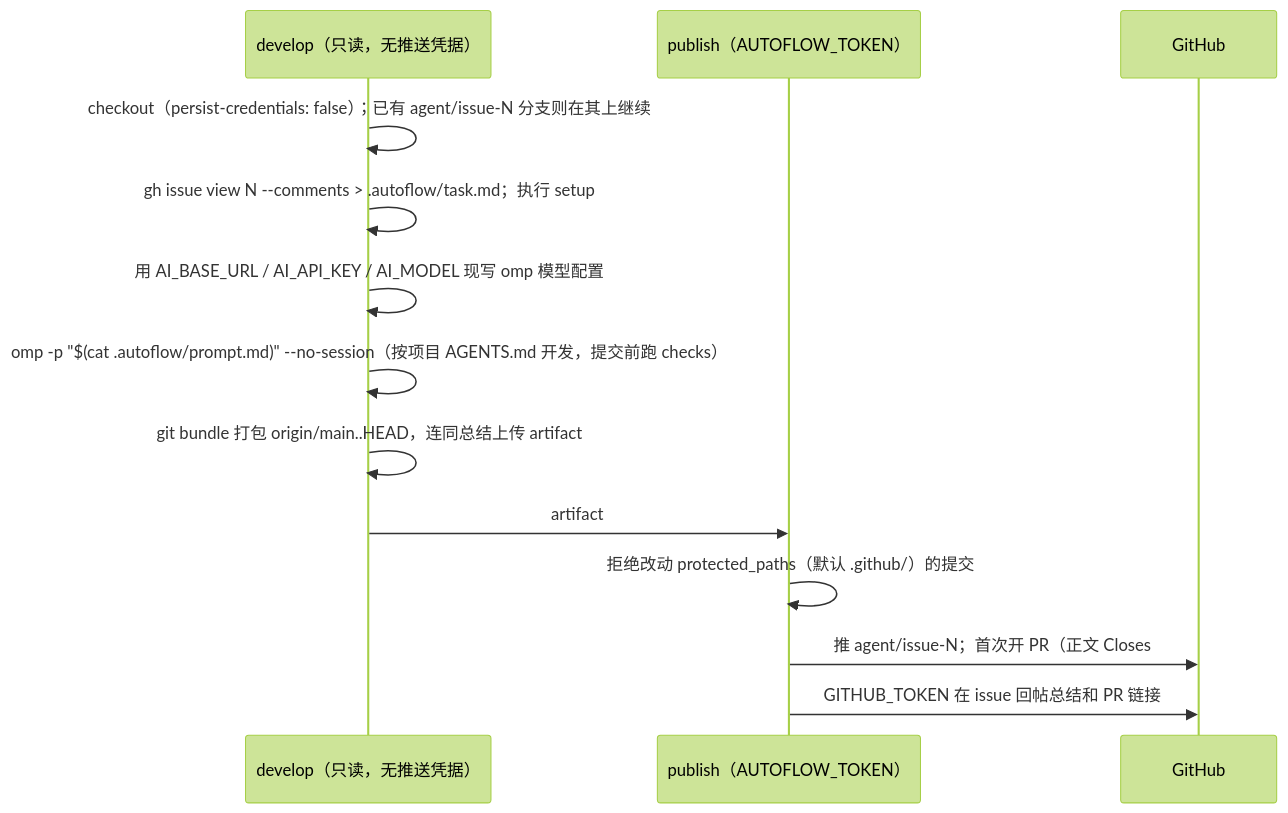
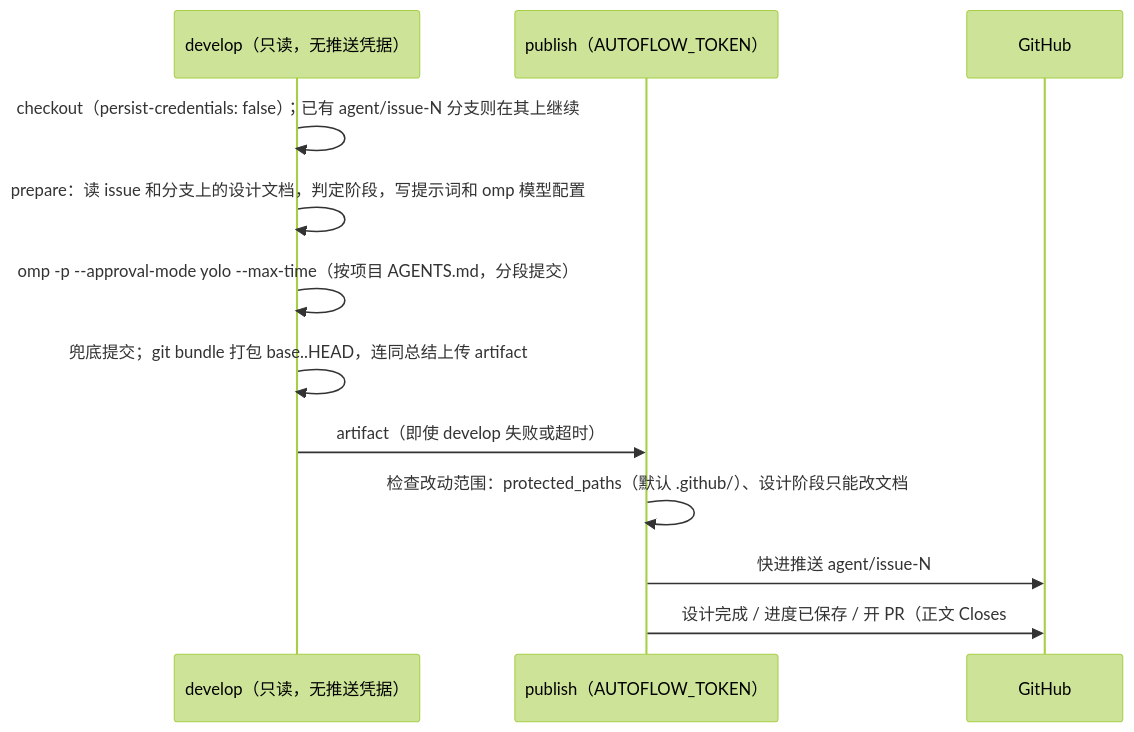
Before and after one commit to ouraihub/AutoFlow: the second of 2 diagrams in docs/01-方案设计.md, drawn with Mermaid (forest theme). The commit also changed other lines of this file and 15 other files, not shown here.

````diff
--- a/docs/01-方案设计.md
+++ b/docs/01-方案设计.md
@@ -163,15 +187,14 @@
 ```mermaid
 sequenceDiagram
   participant D as develop（只读，无推送凭据）
   participant P as publish（AUTOFLOW_TOKEN）
   participant G as GitHub
   D->>D: checkout（persist-credentials: false）；已有 agent/issue-N 分支则在其上继续
-  D->>D: gh issue view N --comments > .autoflow/task.md；执行 setup
-  D->>D: 用 AI_BASE_URL / AI_API_KEY / AI_MODEL 现写 omp 模型配置
-  D->>D: omp -p "$(cat .autoflow/prompt.md)" --no-session（按项目 AGENTS.md 开发，提交前跑 checks）
-  D->>D: git bundle 打包 origin/main..HEAD，连同总结上传 artifact
-  D->>P: artifact
-  P->>P: 拒绝改动 protected_paths（默认 .github/）的提交
-  P->>G: 推 agent/issue-N；首次开 PR（正文 Closes #N）
-  P->>G: GITHUB_TOKEN 在 issue 回帖总结和 PR 链接
+  D->>D: prepare：读 issue 和分支上的设计文档，判定阶段，写提示词和 omp 模型配置
+  D->>D: omp -p --approval-mode yolo --max-time（按项目 AGENTS.md，分段提交）
+  D->>D: 兜底提交；git bundle 打包 base..HEAD，连同总结上传 artifact
+  D->>P: artifact（即使 develop 失败或超时）
+  P->>P: 检查改动范围：protected_paths（默认 .github/）、设计阶段只能改文档
+  P->>G: 快进推送 agent/issue-N
+  P->>G: 设计完成 / 进度已保存 / 开 PR（正文 Closes #N）/ PR 已更新，回帖到 issue
 ```
````
